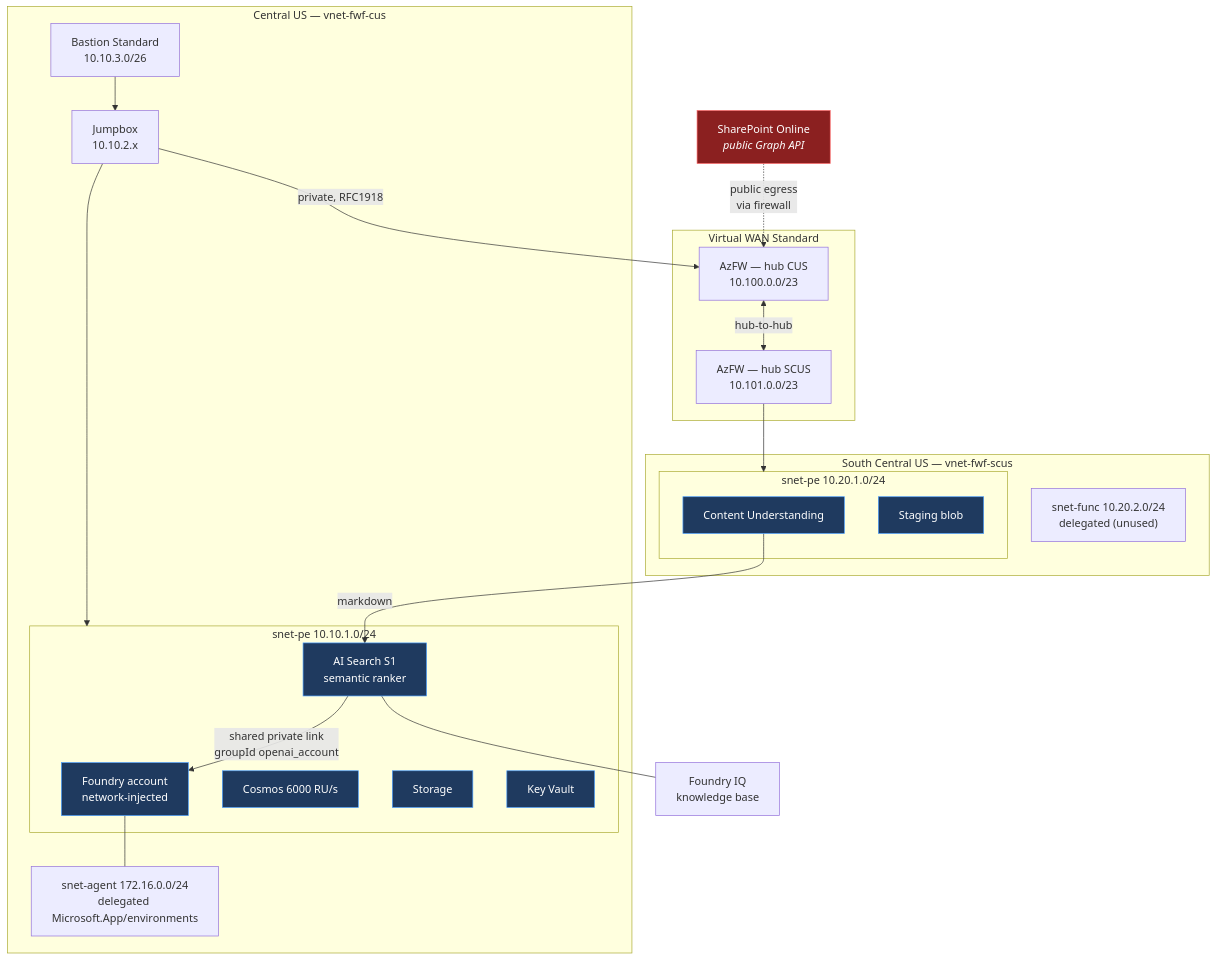
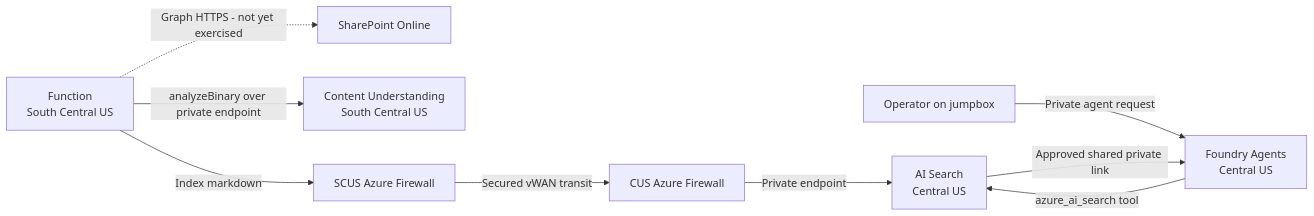
Before and after one commit to aionic/funwithfoundry: the first of 2 diagrams in docs/architecture.md, drawn with Mermaid. The commit also changed other lines of this file and 10 other files, not shown here.

Commit message:
Harden keyless access and refresh architecture docs

````diff
--- a/docs/architecture.md
+++ b/docs/architecture.md
@@ -5,46 +14,20 @@
 ```mermaid
-flowchart TB
-    SPO["SharePoint Online<br/><i>public Graph API</i>"]
+flowchart LR
+    SPO["SharePoint Online"]
+    FUNC["Function<br/>South Central US"]
+    CU["Content Understanding<br/>South Central US"]
+    FW2["SCUS Azure Firewall"]
+    FW1["CUS Azure Firewall"]
+    SEARCH["AI Search<br/>Central US"]
+    FOUNDRY["Foundry Agents<br/>Central US"]
+    USER["Operator on jumpbox"]
 
-    subgraph CUS["Central US — vnet-fwf-cus"]
-        JB["Jumpbox<br/>10.10.2.x"]
-        BAS["Bastion Standard<br/>10.10.3.0/26"]
-        AGENT["snet-agent 172.16.0.0/24<br/>delegated Microsoft.App/environments"]
-        subgraph PECUS["snet-pe 10.10.1.0/24"]
-            FOUNDRY["Foundry account<br/>network-injected"]
-            SEARCH["AI Search S1<br/>semantic ranker"]
-            COSMOS["Cosmos 6000 RU/s"]
-            STOR["Storage"]
-            KV["Key Vault"]
-        end
-    end
-
-    subgraph HUBS["Virtual WAN Standard"]
-        FW1["AzFW — hub CUS<br/>10.100.0.0/23"]
-        FW2["AzFW — hub SCUS<br/>10.101.0.0/23"]
-    end
-
-    subgraph SCUS["South Central US — vnet-fwf-scus"]
-        FUNC["snet-func 10.20.2.0/24<br/>delegated (unused)"]
-        subgraph PESCUS["snet-pe 10.20.1.0/24"]
-            CU["Content Understanding"]
-            STAGE["Staging blob"]
-        end
-    end
-
-    SPO -.->|"public egress<br/>via firewall"| FW1
-    BAS --> JB
-    JB --> PECUS
-    JB -->|"private, RFC1918"| FW1
-    FW1 <-->|"hub-to-hub"| FW2
-    FW2 --> PESCUS
-    CU -->|"markdown"| SEARCH
-    SEARCH -->|"shared private link<br/>groupId openai_account"| FOUNDRY
-    FOUNDRY --- AGENT
-    SEARCH --- KB["Foundry IQ<br/>knowledge base"]
-
-    classDef pub fill:#8b2020,stroke:#ff6b6b,color:#fff
-    classDef priv fill:#1f3a5f,stroke:#4a9eff,color:#fff
-    class SPO pub
-    class FOUNDRY,SEARCH,COSMOS,STOR,KV,CU,STAGE priv
+    FUNC -.->|"Graph HTTPS - not yet exercised"| SPO
+    FUNC -->|"analyzeBinary over private endpoint"| CU
+    FUNC -->|"Index markdown"| FW2
+    FW2 -->|"Secured vWAN transit"| FW1
+    FW1 -->|"Private endpoint"| SEARCH
+    USER -->|"Private agent request"| FOUNDRY
+    FOUNDRY -->|"azure_ai_search tool"| SEARCH
+    SEARCH -->|"Approved shared private link"| FOUNDRY
 ```
````
